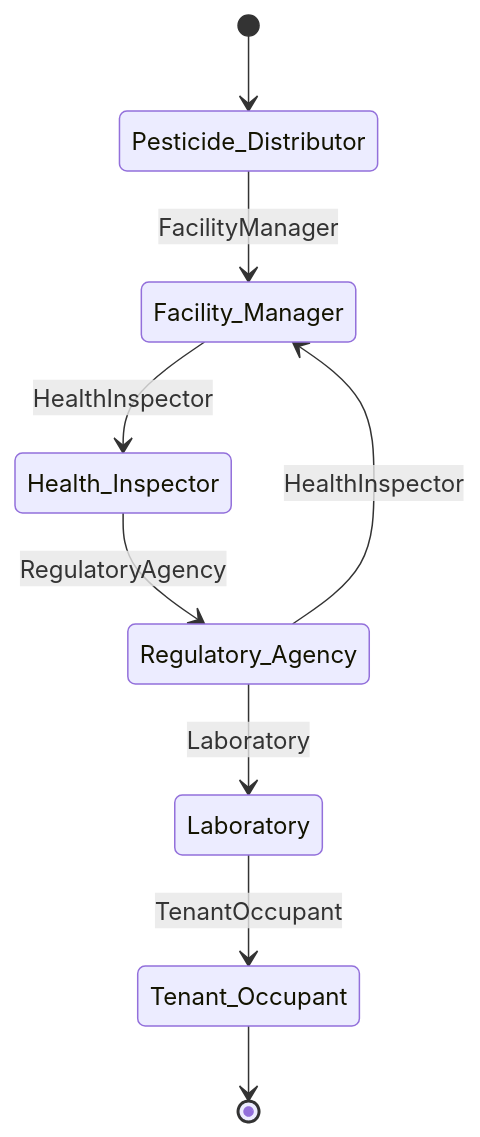
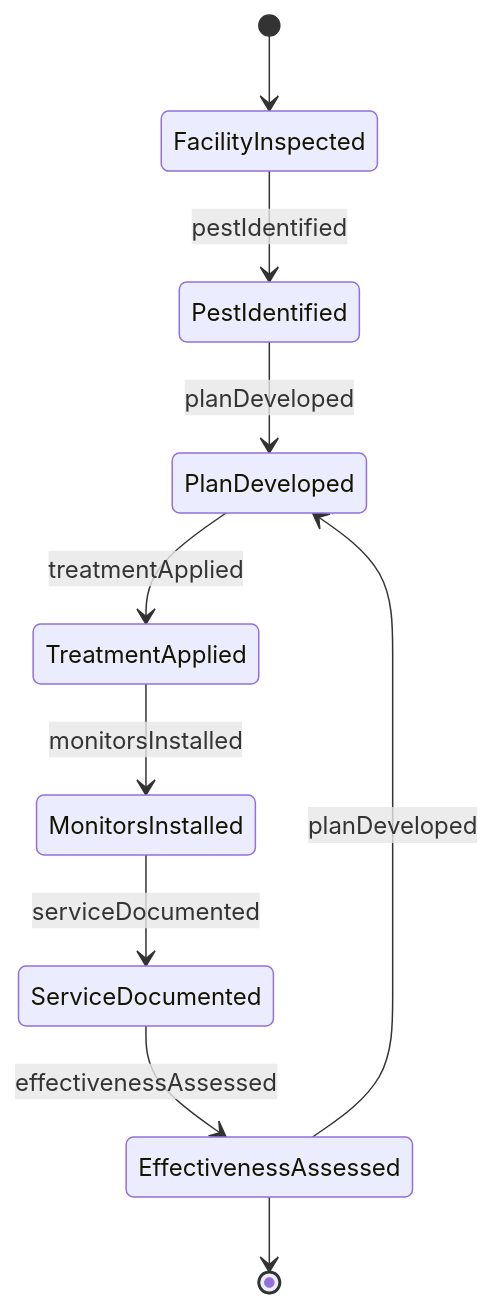
The second of 4 diagrams in HandlingAndMovingObjects/ApplyProtectiveSolutionsOrCoatings/TreatFacilitiesEliminatePests.mdx (dot-org-ai/tasks.org.ai), drawn with Mermaid before and after one commit. The commit also changed other lines of this file and 40 other files, not shown here.

First line of the commit message:
fix: Replace Actor-based ER and State diagrams with Entity/Event-based diagrams in 41 HandlingAndMovingObjects DWA files

````diff
--- a/HandlingAndMovingObjects/ApplyProtectiveSolutionsOrCoatings/TreatFacilitiesEliminatePests.mdx
+++ b/HandlingAndMovingObjects/ApplyProtectiveSolutionsOrCoatings/TreatFacilitiesEliminatePests.mdx
@@ -101,11 +99,12 @@
 ```mermaid
 stateDiagram-v2
-    [*] --> Pesticide_Distributor
-    Pesticide_Distributor --> Facility_Manager: FacilityManager
-    Facility_Manager --> Health_Inspector: HealthInspector
-    Health_Inspector --> Regulatory_Agency: RegulatoryAgency
-    Regulatory_Agency --> Laboratory: Laboratory
-    Laboratory --> Tenant_Occupant: TenantOccupant
-    Regulatory_Agency --> Facility_Manager: HealthInspector
-    Tenant_Occupant --> [*]
+    [*] --> FacilityInspected
+    FacilityInspected --> PestIdentified : pestIdentified
+    PestIdentified --> PlanDeveloped : planDeveloped
+    PlanDeveloped --> TreatmentApplied : treatmentApplied
+    TreatmentApplied --> MonitorsInstalled : monitorsInstalled
+    MonitorsInstalled --> ServiceDocumented : serviceDocumented
+    ServiceDocumented --> EffectivenessAssessed : effectivenessAssessed
+    EffectivenessAssessed --> PlanDeveloped : planDeveloped
+    EffectivenessAssessed --> [*]
 ```
````
